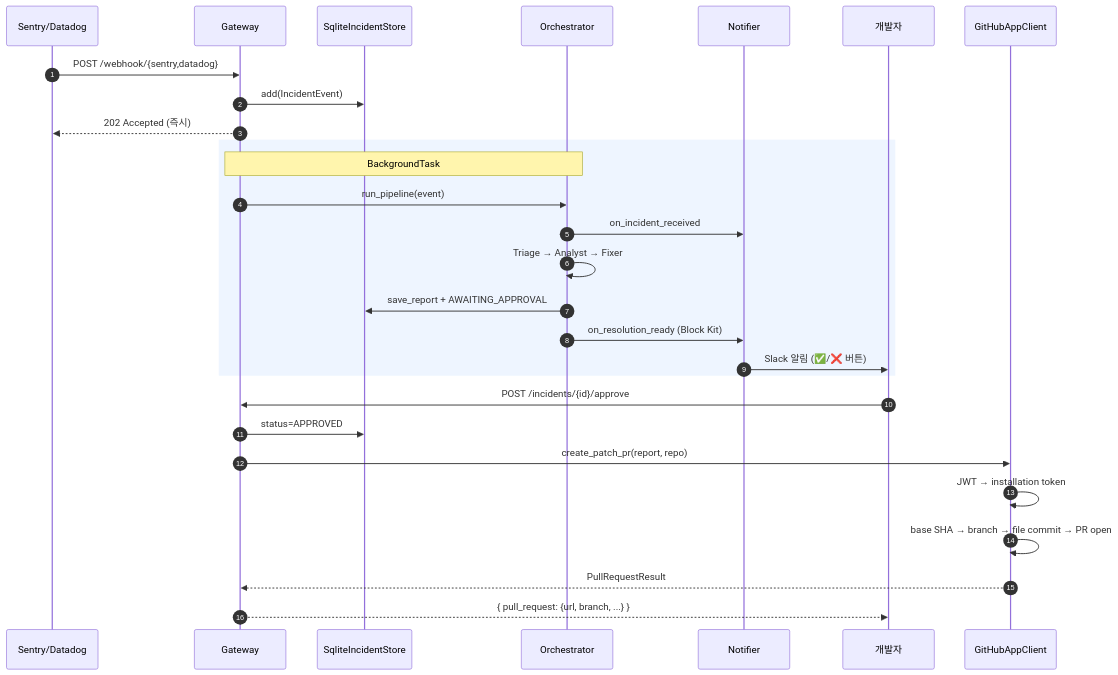
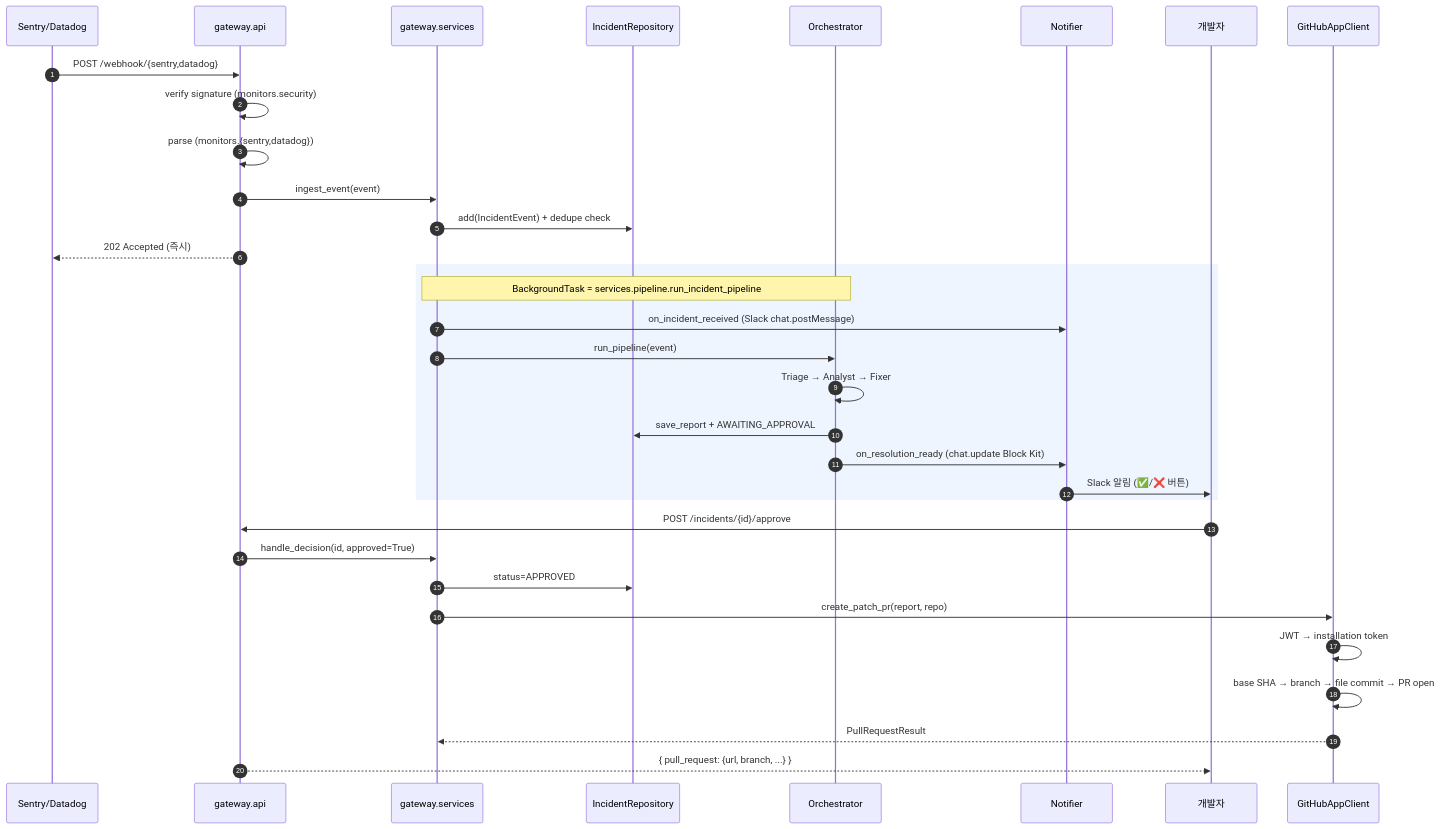
One commit to dlwodnjs724/warroom changed the second of 2 diagrams in docs/architecture.md. Above: the diagram before and after it, drawn with Mermaid. The commit also changed other lines of this file and 7 other files, not shown here.

````diff
--- a/docs/architecture.md
+++ b/docs/architecture.md
@@ -44,33 +44,38 @@
 ```mermaid
 sequenceDiagram
     autonumber
     participant Mon as Sentry/Datadog
-    participant GW as Gateway
-    participant Store as SqliteIncidentStore
+    participant API as gateway.api
+    participant Svc as gateway.services
+    participant Repo as IncidentRepository
     participant Pipe as Orchestrator
     participant Notif as Notifier
     participant Dev as 개발자
     participant GH as GitHubAppClient
 
-    Mon->>GW: POST /webhook/{sentry,datadog}
-    GW->>Store: add(IncidentEvent)
-    GW-->>Mon: 202 Accepted (즉시)
+    Mon->>API: POST /webhook/{sentry,datadog}
+    API->>API: verify signature (monitors.security)
+    API->>API: parse (monitors.{sentry,datadog})
+    API->>Svc: ingest_event(event)
+    Svc->>Repo: add(IncidentEvent) + dedupe check
+    API-->>Mon: 202 Accepted (즉시)
 
     rect rgba(200,220,255,0.3)
-        Note over GW,Pipe: BackgroundTask
-        GW->>Pipe: run_pipeline(event)
-        Pipe->>Notif: on_incident_received
+        Note over Svc,Pipe: BackgroundTask = services.pipeline.run_incident_pipeline
+        Svc->>Notif: on_incident_received (Slack chat.postMessage)
+        Svc->>Pipe: run_pipeline(event)
         Pipe->>Pipe: Triage → Analyst → Fixer
-        Pipe->>Store: save_report + AWAITING_APPROVAL
-        Pipe->>Notif: on_resolution_ready (Block Kit)
+        Pipe->>Repo: save_report + AWAITING_APPROVAL
+        Pipe->>Notif: on_resolution_ready (chat.update Block Kit)
         Notif->>Dev: Slack 알림 (✅/❌ 버튼)
     end
 
-    Dev->>GW: POST /incidents/{id}/approve
-    GW->>Store: status=APPROVED
-    GW->>GH: create_patch_pr(report, repo)
+    Dev->>API: POST /incidents/{id}/approve
+    API->>Svc: handle_decision(id, approved=True)
+    Svc->>Repo: status=APPROVED
+    Svc->>GH: create_patch_pr(report, repo)
     GH->>GH: JWT → installation token
     GH->>GH: base SHA → branch → file commit → PR open
-    GH-->>GW: PullRequestResult
-    GW-->>Dev: { pull_request: {url, branch, ...} }
+    GH-->>Svc: PullRequestResult
+    API-->>Dev: { pull_request: {url, branch, ...} }
 ```
````
